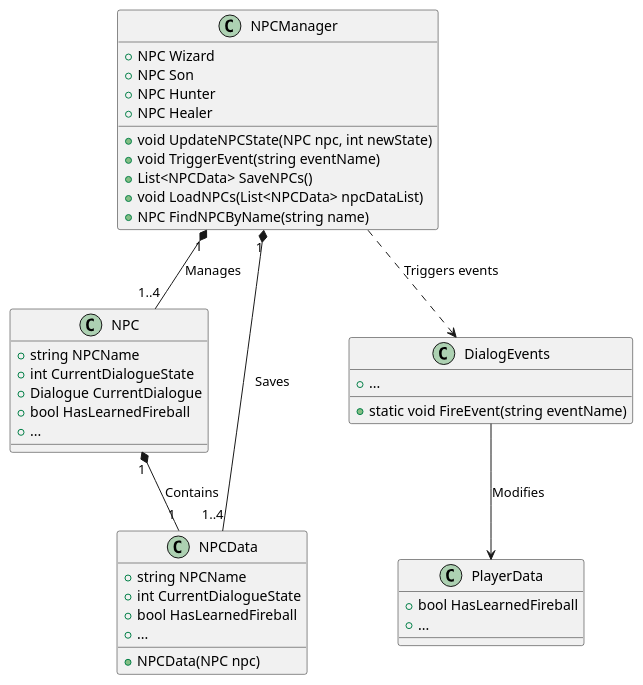
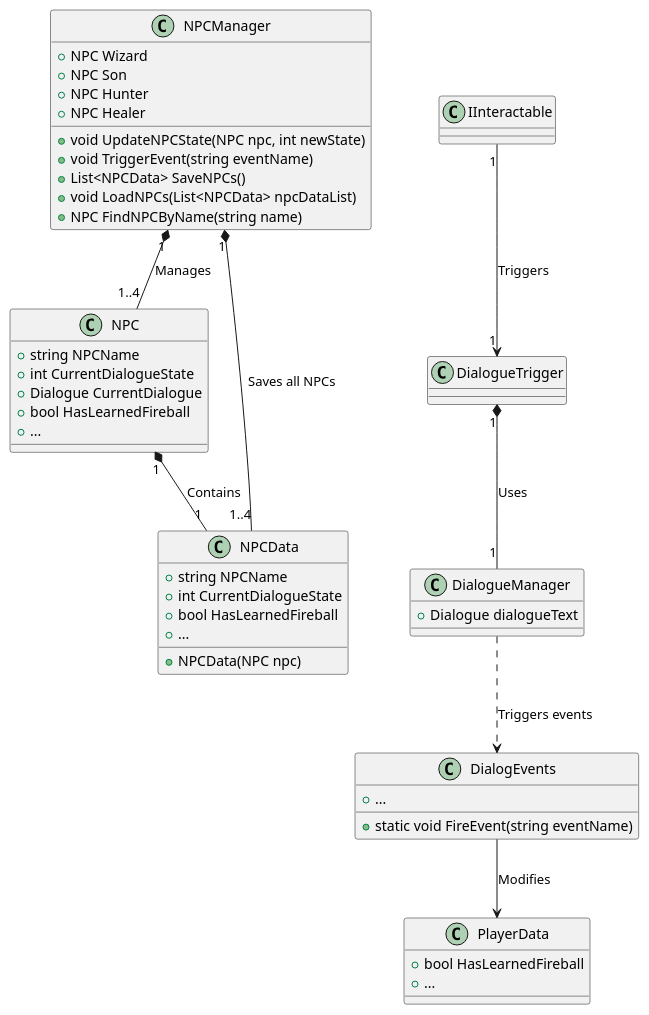
The diagram in MalyriosUnityProject/Assets/Scripts/NPCStatesUML.puml (Cicada501/Malyrios), drawn with PlantUML before and after one commit. The commit also changed 11 other files, not shown here.

First line of the commit message:
update uml, DialogManager, NPC, ...

```diff
--- a/MalyriosUnityProject/Assets/Scripts/NPCStatesUML.puml
+++ b/MalyriosUnityProject/Assets/Scripts/NPCStatesUML.puml
@@ -1,48 +1,61 @@
 @startuml
 
 class NPC {
     +string NPCName
     +int CurrentDialogueState
     +Dialogue CurrentDialogue
     +bool HasLearnedFireball
     +...
 }
 
 class DialogEvents {
     +static void FireEvent(string eventName)
     +...
 }
 
 class NPCData {
     +string NPCName
     +int CurrentDialogueState
     +bool HasLearnedFireball
     +...
     +NPCData(NPC npc)
 }
 
 class NPCManager {
     +NPC Wizard
     +NPC Son
     +NPC Hunter
     +NPC Healer
     +void UpdateNPCState(NPC npc, int newState)
     +void TriggerEvent(string eventName)
     +List<NPCData> SaveNPCs()
     +void LoadNPCs(List<NPCData> npcDataList)
     +NPC FindNPCByName(string name)
 }
 
 
 class PlayerData {
     +bool HasLearnedFireball
     +...
 }
 
+class DialogueManager{
+    +Dialogue dialogueText
+}
+
+class DialogueTrigger{
+
+}
+
+class IInteractable{
+}
+
 NPC "1" *-- "1" NPCData : Contains
+IInteractable "1" --> "1" DialogueTrigger : Triggers
+DialogueTrigger "1" *-- "1" DialogueManager : Uses
 NPCManager "1" *-- "1..4" NPC : Manages
-NPCManager "1" *-- "1..4" NPCData : Saves
-NPCManager ..> DialogEvents : Triggers events
+NPCManager "1" *-- "1..4" NPCData : Saves all NPCs
+DialogueManager ..> DialogEvents : Triggers events
 DialogEvents --> PlayerData : Modifies
 
 @enduml
```
